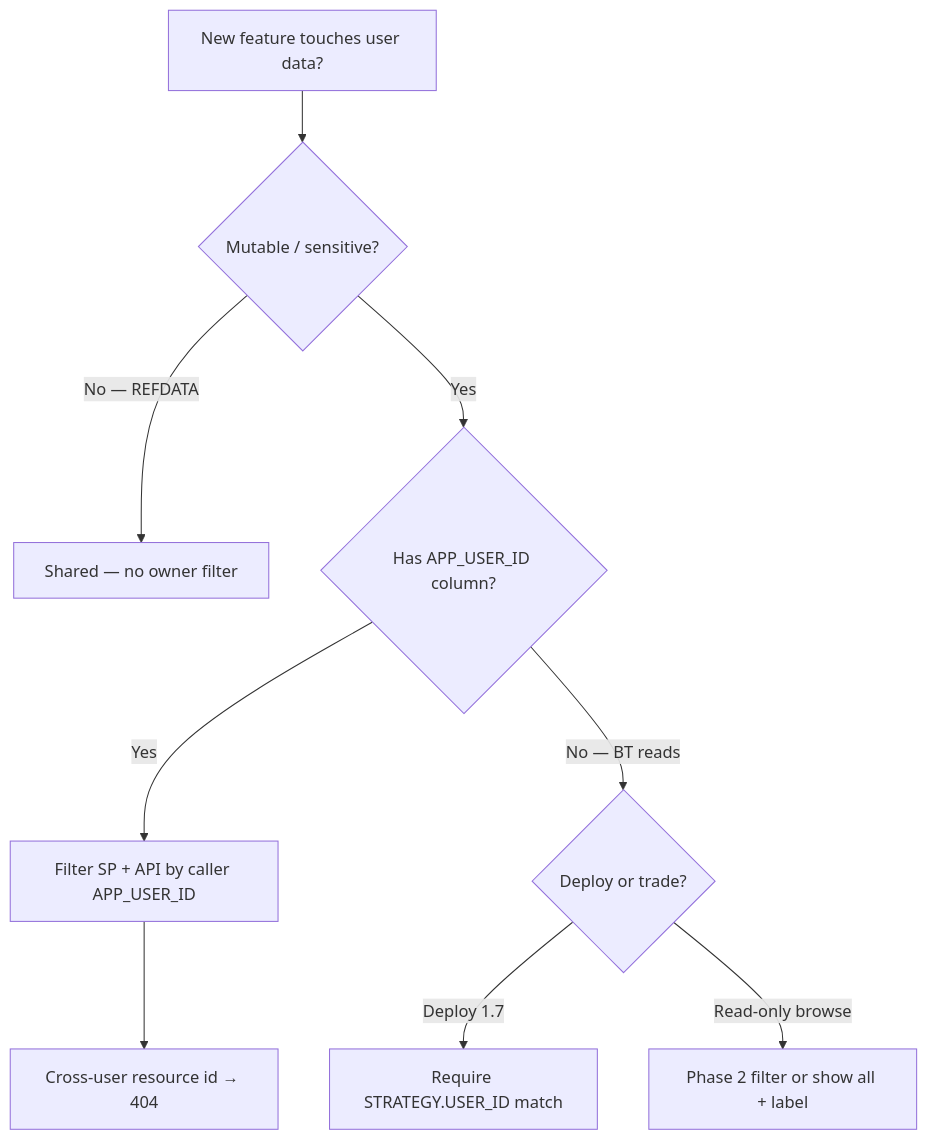
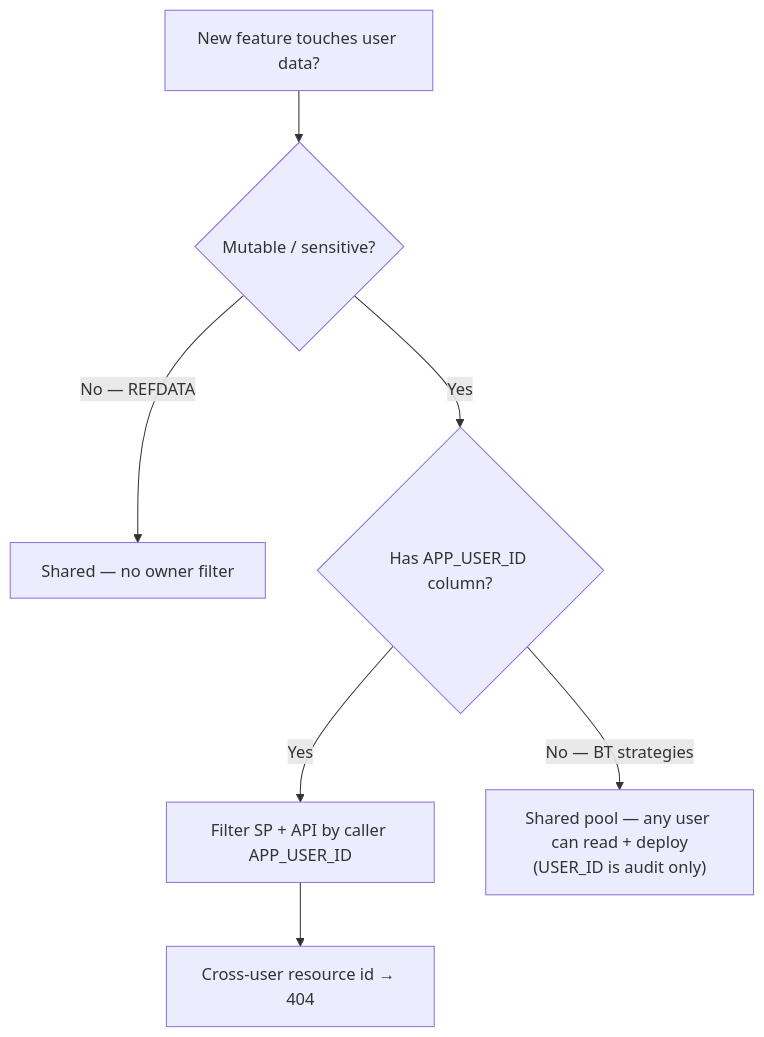
Before and after one commit to alfred1123/Quant_Strategies: the diagram in docs/design/user-isolation.md, drawn with Mermaid. The commit also changed other lines of this file and 1 other file, not shown here.

````diff
--- a/docs/design/user-isolation.md
+++ b/docs/design/user-isolation.md
@@ -130,12 +126,10 @@
 ```mermaid
 flowchart TD
   A["New feature touches user data?"]
   A --> B{"Mutable / sensitive?"}
   B -->|No — REFDATA| C["Shared — no owner filter"]
   B -->|Yes| D{"Has APP_USER_ID column?"}
   D -->|Yes| E["Filter SP + API by caller APP_USER_ID"]
-  D -->|No — BT reads| F{"Deploy or trade?"}
-  F -->|Deploy 1.7| G["Require STRATEGY.USER_ID match"]
-  F -->|Read-only browse| H["Phase 2 filter or show all + label"]
+  D -->|No — BT strategies| F["Shared pool — any user can read + deploy\n(USER_ID is audit only)"]
   E --> I["Cross-user resource id → 404"]
 ```
````
